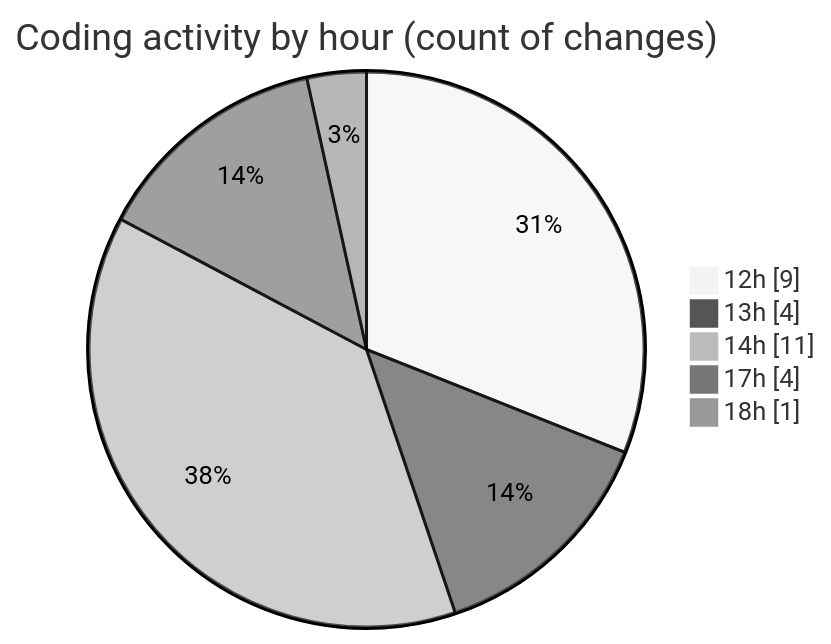
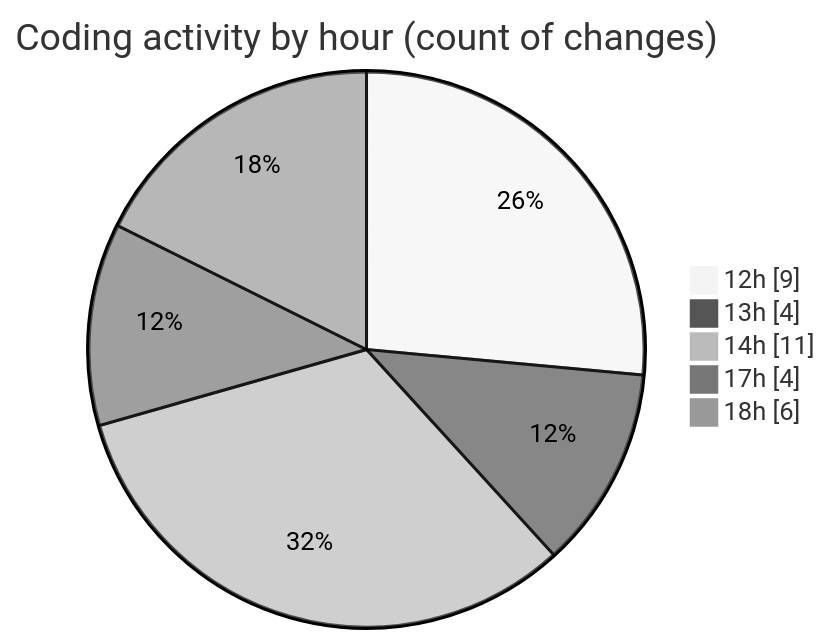
The second of 2 diagrams in 2025-06-11/cda/README.md (momahboobian/code-tracking), drawn with Mermaid (neutral theme) before and after one commit. The commit also changed other lines of this file and 1 other file, not shown here.

````diff
--- a/2025-06-11/cda/README.md
+++ b/2025-06-11/cda/README.md
@@ -36,9 +37,9 @@
 ```mermaid
 pie showData
 title Coding activity by hour (count of changes)
 "12h" : 9
 "13h" : 4
 "14h" : 11
 "17h" : 4
-"18h" : 1
+"18h" : 6
 ```
````
